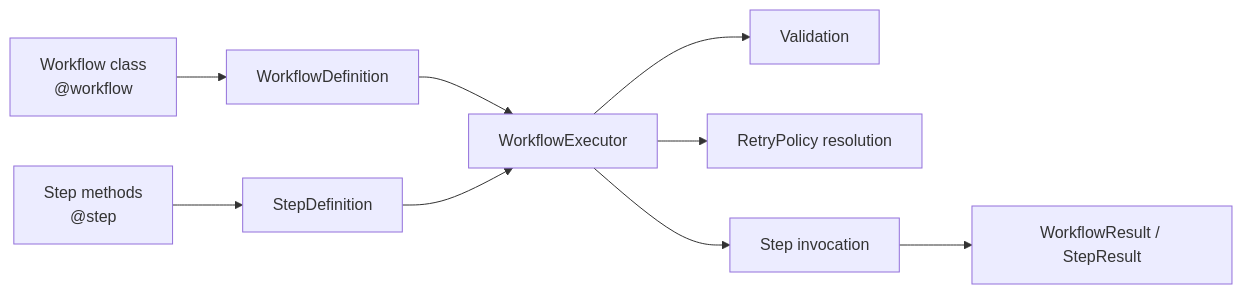
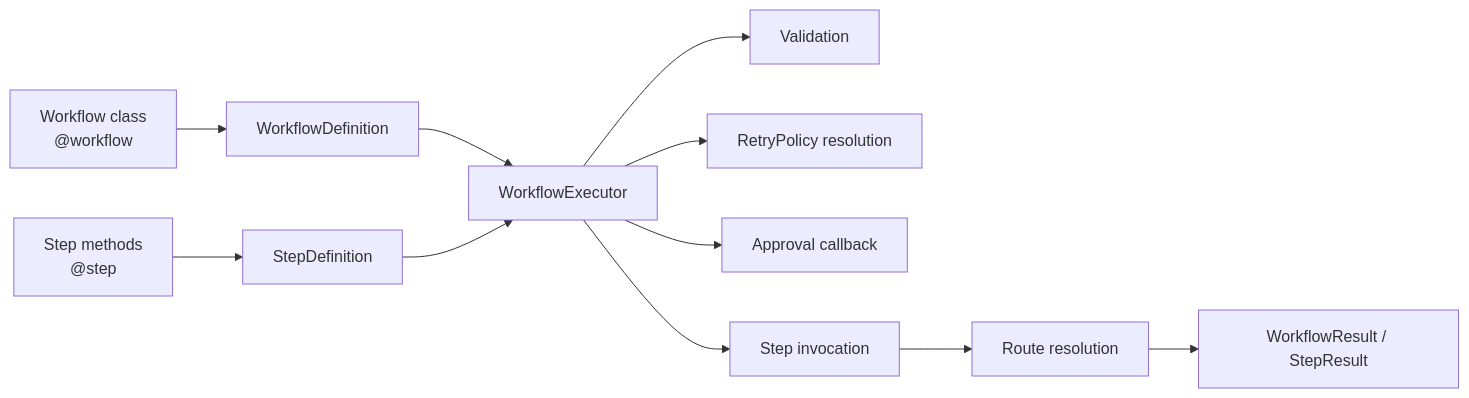
One commit to danishali778/agentflowkit changed the first of 2 diagrams in docs/architecture/overview.md. Above: the diagram before and after it, drawn with Mermaid. The commit also changed other lines of this file and 9 other files, not shown here.

````diff
--- a/docs/architecture/overview.md
+++ b/docs/architecture/overview.md
@@ -18,11 +19,13 @@
 ```mermaid
 flowchart LR
     A[Workflow class<br/>@workflow] --> B[WorkflowDefinition]
     C[Step methods<br/>@step] --> D[StepDefinition]
     B --> E[WorkflowExecutor]
     D --> E
     E --> F[Validation]
     E --> G[RetryPolicy resolution]
-    E --> H[Step invocation]
+    E --> K[Approval callback]
+    E --> J[Step invocation]
+    J --> H[Route resolution]
     H --> I[WorkflowResult / StepResult]
 ```
````
